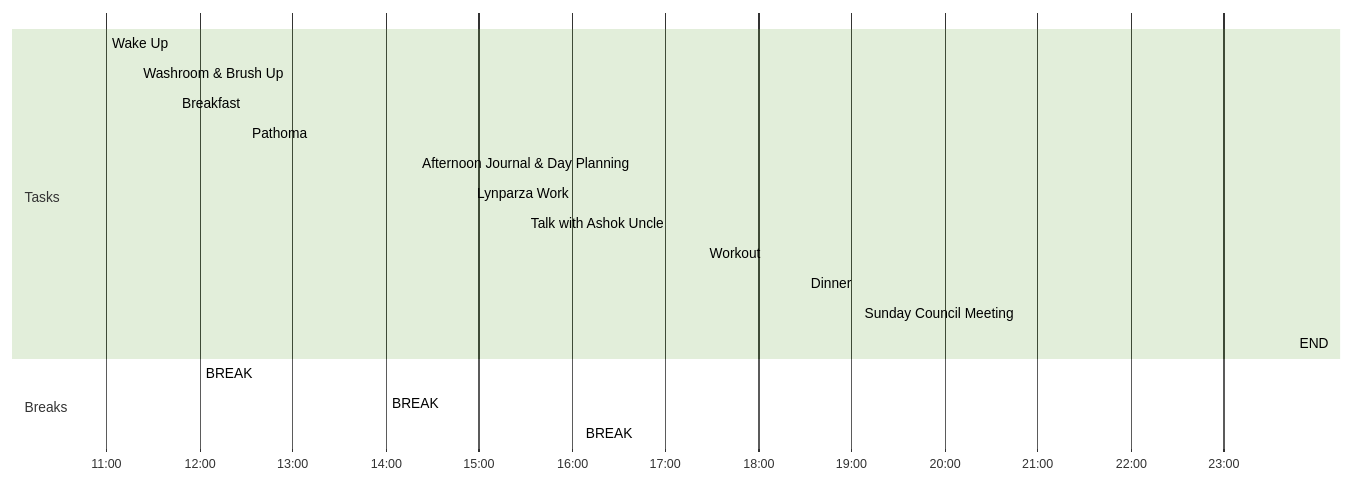
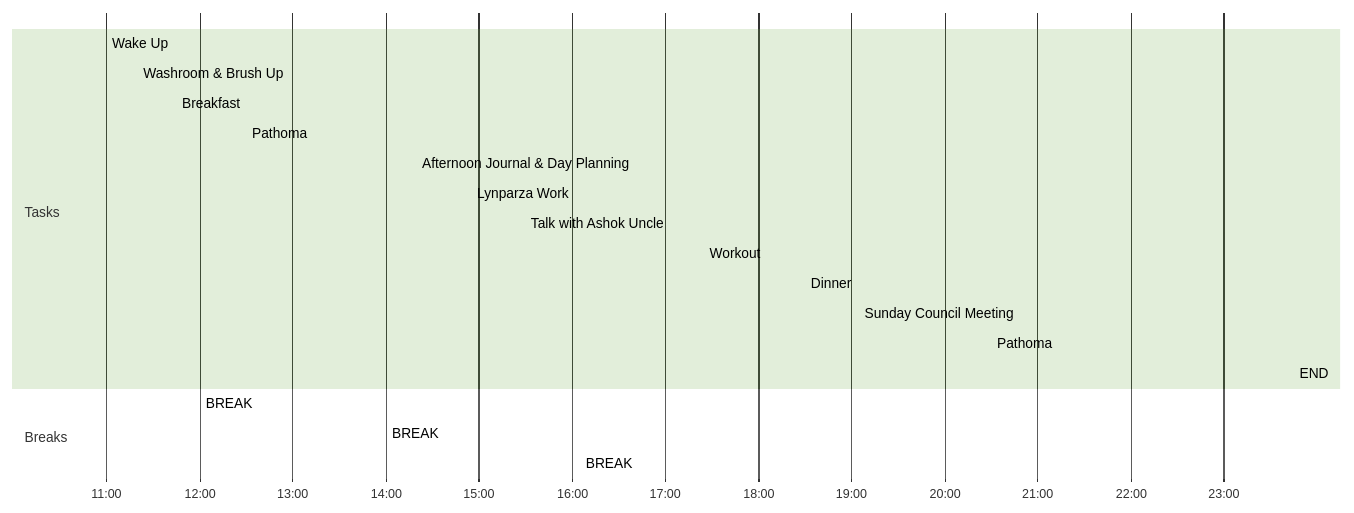
One commit to nihitkhandelwal-eng/The_Brainforest changed the diagram in 🌱 Journal/2022/Quarter 2/05-May/22-May-22.md. Above: the diagram before and after it, drawn with Mermaid (forest theme). The commit also changed other lines of this file, not shown here.

Commit message:
Auto Backup: 22-May-22 20:22
Affected files:
🌱 Journal/2022/Quarter 2/05-May/22-May-22.md

````diff
--- a/🌱 Journal/2022/Quarter 2/05-May/22-May-22.md
+++ b/🌱 Journal/2022/Quarter 2/05-May/22-May-22.md
@@ -23,22 +23,23 @@
 ```mermaid
 gantt
     dateFormat  HH-mm
     axisFormat %H:%M
-    %% Current Time: 8:00:44 PM
+    %% Current Time: 8:22:43 PM
     section Tasks
     Wake Up     :11-00, 20mm
     Washroom & Brush Up     :11-20, 25mm
     Breakfast     :11-45, 15mm
     Pathoma     :12-30, 90mm
     Afternoon Journal & Day Planning     :14-20, 35mm
     Lynparza Work     :14-55, 35mm
     Talk with Ashok Uncle     :15-30, 35mm
     Workout     :17-25, 65mm
     Dinner     :18-30, 35mm
-    Sunday Council Meeting     :19-05, 280mm
+    Sunday Council Meeting     :19-05, 85mm
+    Pathoma     :20-30, 195mm
     END     :23-45, 0mm
     section Breaks
     BREAK     :12-00, 30mm
     BREAK     :14-00, 20mm
     BREAK     :16-05, 80mm
 ```
````
